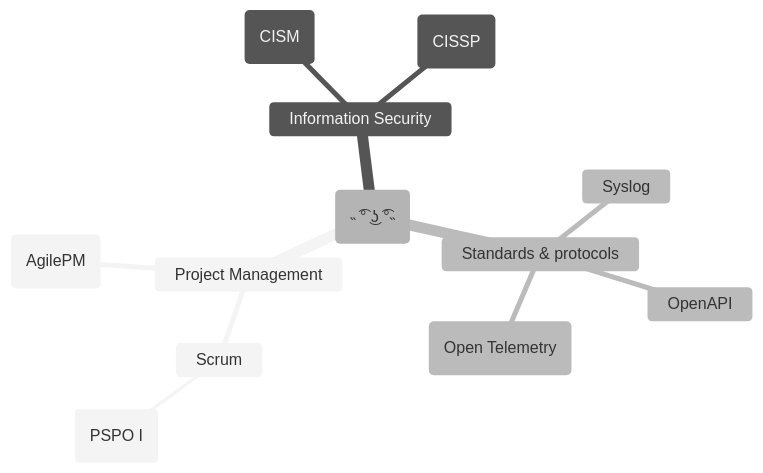
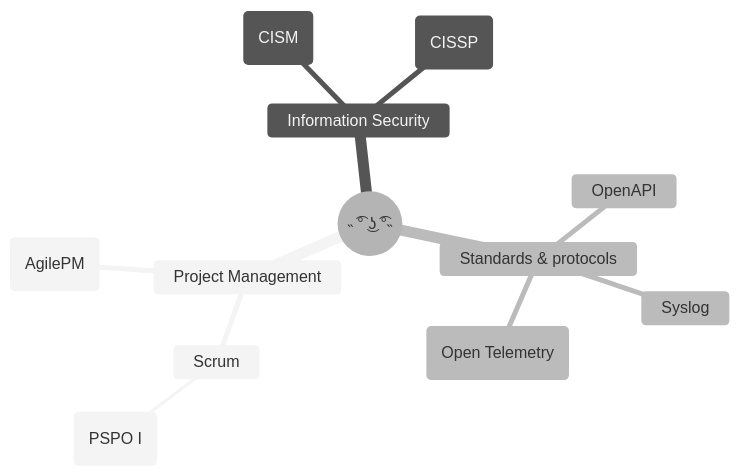
The third of 3 diagrams in README.md (renevdhoek/renevdhoek), drawn with Mermaid (neutral theme) before and after one commit. The commit also changed other lines of this file, not shown here.

````diff
--- a/README.md
+++ b/README.md
@@ -51,15 +51,15 @@
 ```mermaid
 mindmap
-  (˵ ͡° ͜ʖ ͡°˵)
+  ((˵ ͡° ͜ʖ ͡°˵))
     Project Management
         Scrum
                 (PSPO I)
         (AgilePM)
     Information Security
         (CISM)
         (CISSP)
     Standards & protocols
         Syslog
         OpenAPI
         (Open Telemetry)
 ```
````
